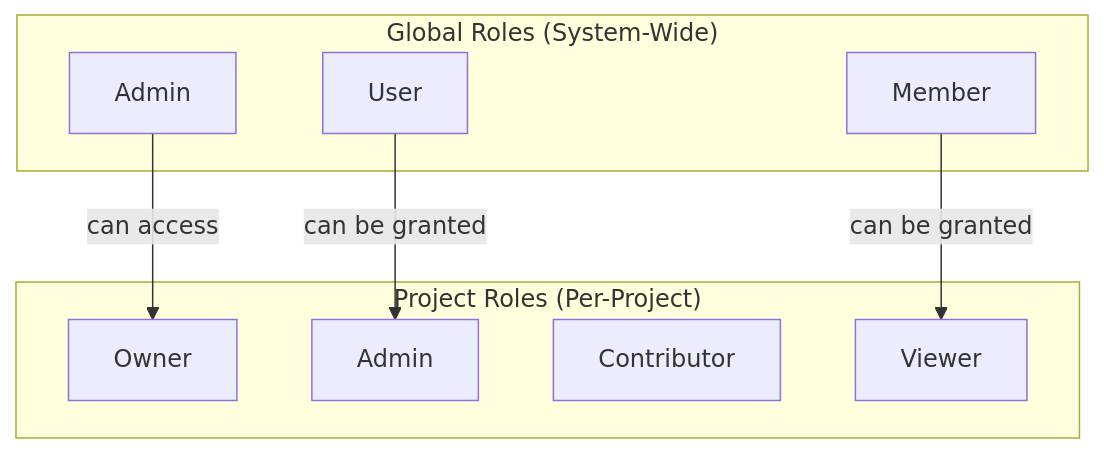
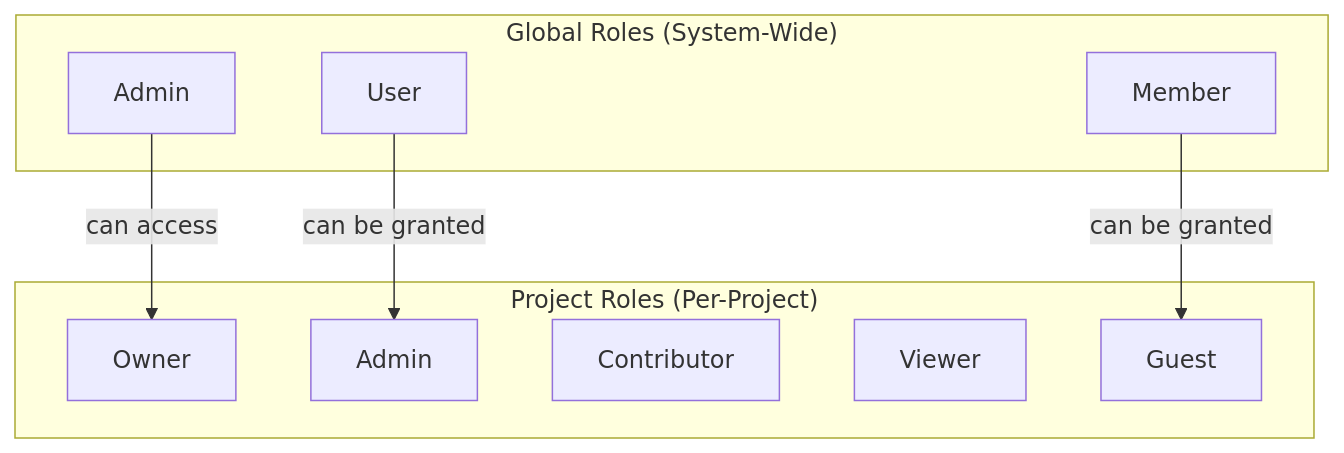
The diagram in docs/features/authorization.md (bffless/docs-public), drawn with Mermaid before and after one commit. The commit also changed other lines of this file, not shown here.

First line of the commit message:
docs: add guest project role to authorization docs

````diff
--- a/docs/features/authorization.md
+++ b/docs/features/authorization.md
@@ -13,19 +13,20 @@
 ```mermaid
 flowchart TB
     subgraph Global["Global Roles (System-Wide)"]
         admin[Admin]
         user[User]
         member[Member]
     end
 
     subgraph Project["Project Roles (Per-Project)"]
         owner[Owner]
         padmin[Admin]
         contributor[Contributor]
         viewer[Viewer]
+        guest[Guest]
     end
 
     admin --> |"can access"| owner
     user --> |"can be granted"| padmin
-    member --> |"can be granted"| viewer
+    member --> |"can be granted"| guest
 ```
````
